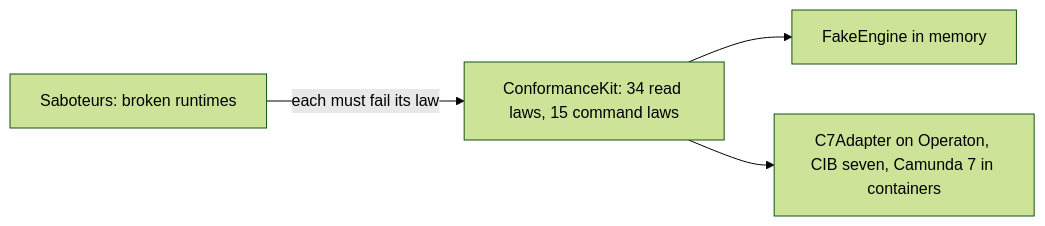
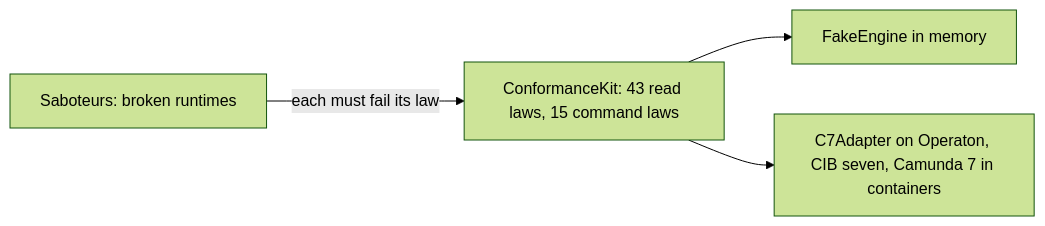
The diagram in apps/vscode/docs/adr/runtime-contract.md (Miragon/pulse), drawn with Mermaid (forest theme) before and after one commit. The commit also changed other lines of this file and 20 other files, not shown here.

````diff
--- a/apps/vscode/docs/adr/runtime-contract.md
+++ b/apps/vscode/docs/adr/runtime-contract.md
@@ -152,7 +164,7 @@
 ```mermaid
 flowchart LR
-  kit[ConformanceKit: 34 read laws, 15 command laws]
+  kit[ConformanceKit: 43 read laws, 15 command laws]
   kit --> fake[FakeEngine in memory]
   kit --> c7[C7Adapter on Operaton, CIB seven, Camunda 7 in containers]
   saboteurs[Saboteurs: broken runtimes] -- each must fail its law --> kit
 ```
````
